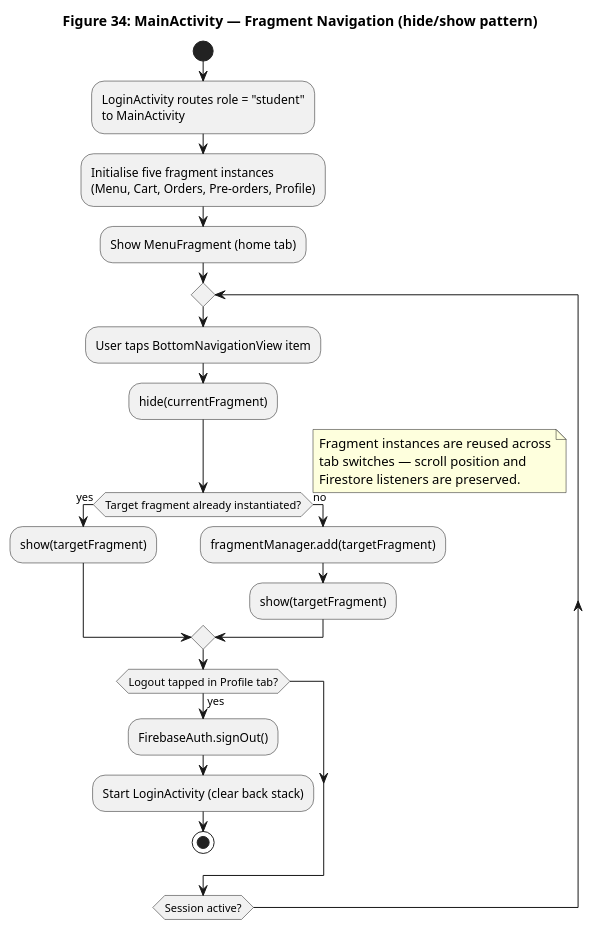
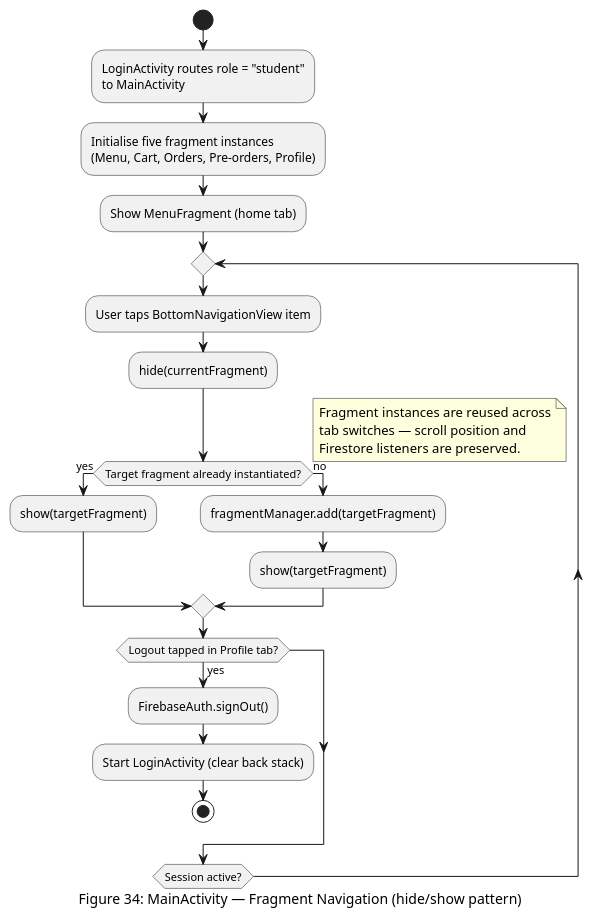
One commit to Musyonchez/beni-2 changed the fifth of 12 diagrams in pdf-source/figures/ch-6.md. Above: the diagram before and after it, drawn with PlantUML. The commit also changed other lines of this file and 30 other files, not shown here.

First line of the commit message:
chore: update figures, add generated PNGs, fix figure follow-up paragraphs

````diff
--- a/pdf-source/figures/ch-6.md
+++ b/pdf-source/figures/ch-6.md
@@ -220,32 +220,32 @@
 ```plantuml
 @startuml Figure34_FragmentNavigation
 skinparam backgroundColor white
 skinparam defaultFontName Arial
-title Figure 34: MainActivity — Fragment Navigation (hide/show pattern)
+caption Figure 34: MainActivity — Fragment Navigation (hide/show pattern)
 
 start
 :LoginActivity routes role = "student"\nto MainActivity;
 :Initialise five fragment instances\n(Menu, Cart, Orders, Pre-orders, Profile);
 :Show MenuFragment (home tab);
 repeat
   :User taps BottomNavigationView item;
   :hide(currentFragment);
   if (Target fragment already instantiated?) then (yes)
     :show(targetFragment);
   else (no)
     :fragmentManager.add(targetFragment);
     :show(targetFragment);
   endif
   note right
     Fragment instances are reused across
     tab switches — scroll position and
     Firestore listeners are preserved.
   end note
   if (Logout tapped in Profile tab?) then (yes)
     :FirebaseAuth.signOut();
     :Start LoginActivity (clear back stack);
     stop
   endif
 repeat while (Session active?)
 @enduml
 ```
````
